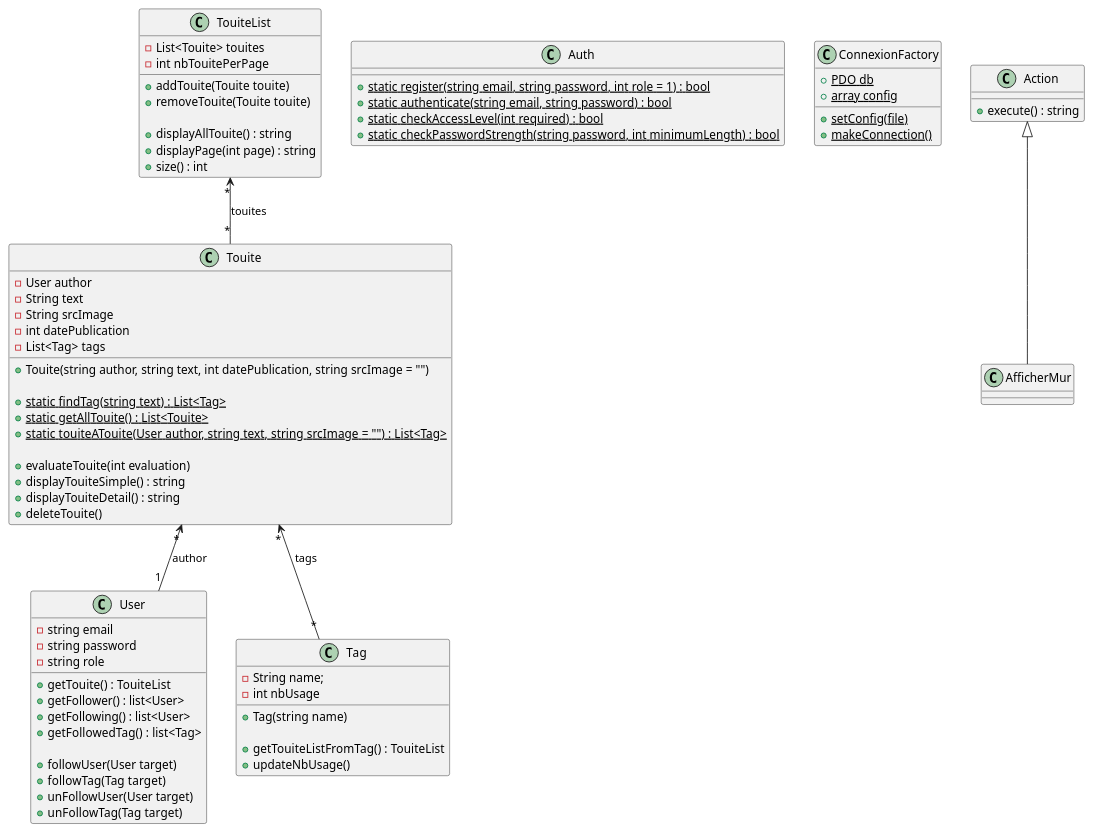
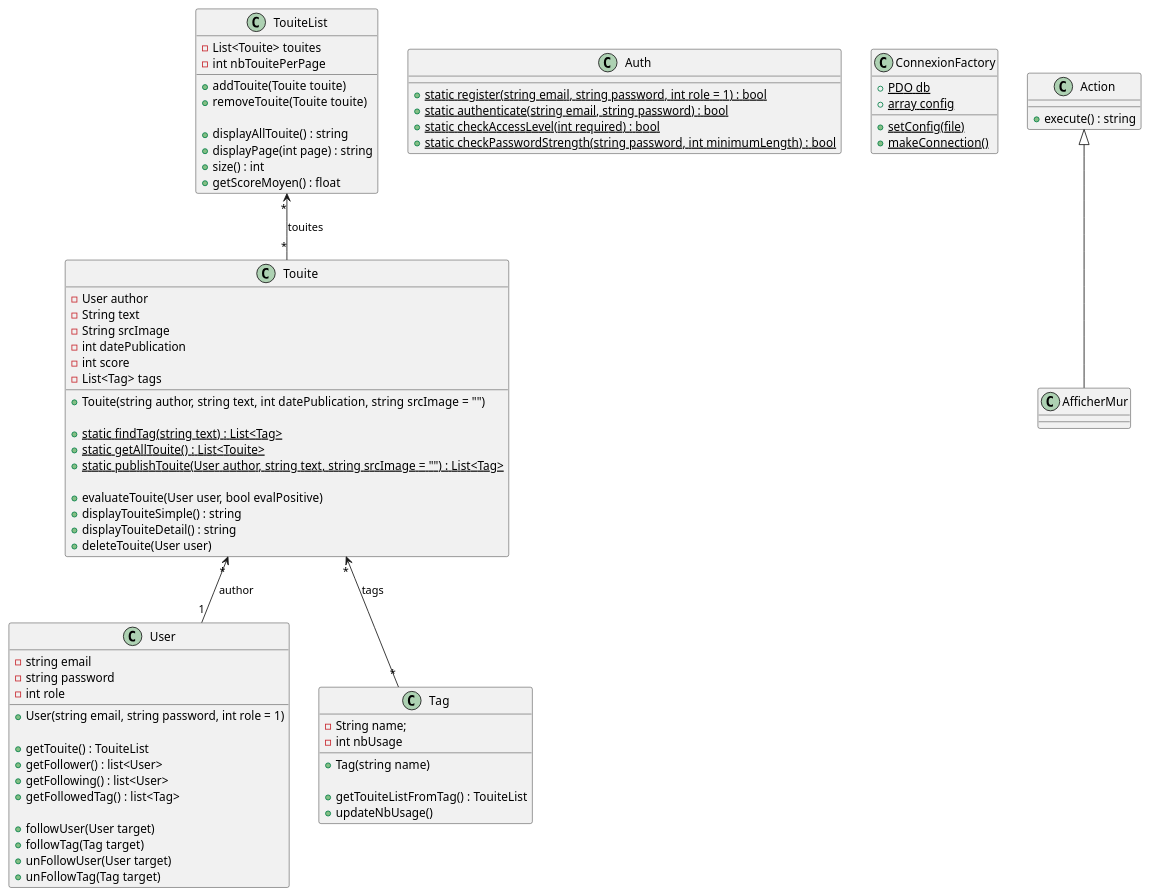
The diagram in src/ressource/Class_diagram.puml (Fiera42/Touiteur), drawn with PlantUML before and after one commit. The commit also changed 1 other file, not shown here.

Commit message:
diagram refining

```diff
--- a/src/ressource/Class_diagram.puml
+++ b/src/ressource/Class_diagram.puml
@@ -1,88 +1,92 @@
 @startuml
 
 class User {
   -string email
   -string password
-  -string role
+  -int role
+  
+  +User(string email, string password, int role = 1)
   
   +getTouite() : TouiteList
   +getFollower() : list<User>
   +getFollowing() : list<User>
   +getFollowedTag() : list<Tag>
   
   +followUser(User target)
   +followTag(Tag target)
   +unFollowUser(User target)
   +unFollowTag(Tag target)
 }
 
 class Touite {
   -User author
   -String text
   -String srcImage
   -int datePublication
+  -int score
   -List<Tag> tags
   
   +Touite(string author, string text, int datePublication, string srcImage = "")
   
   +{static}static findTag(string text) : List<Tag>
   +{static}static getAllTouite() : List<Touite>
-  +{static}static touiteATouite(User author, string text, string srcImage = "") : List<Tag>
+  +{static}static publishTouite(User author, string text, string srcImage = "") : List<Tag>
   
-  +evaluateTouite(int evaluation)
+  +evaluateTouite(User user, bool evalPositive)
   +displayTouiteSimple() : string
   +displayTouiteDetail() : string
-  +deleteTouite()
+  +deleteTouite(User user)
 }
 
 Touite "*" <-- "1" User : author
 Touite "*" <-- "*" Tag : tags
 
 class Tag {
   -String name;
   -int nbUsage
   
   +Tag(string name)
   
   +getTouiteListFromTag() : TouiteList
   +updateNbUsage()
 }
 
 class TouiteList {
   -List<Touite> touites
   -int nbTouitePerPage
   
   +addTouite(Touite touite)
   +removeTouite(Touite touite)
   
   +displayAllTouite() : string
   +displayPage(int page) : string
   +size() : int
+  +getScoreMoyen() : float
 }
 
 TouiteList "*" <-- "*" Touite : touites
 
 class Auth {
   +{static}static register(string email, string password, int role = 1) : bool
   +{static}static authenticate(string email, string password) : bool
   +{static}static checkAccessLevel(int required) : bool
   +{static}static checkPasswordStrength(string password, int minimumLength) : bool
 }
 
 class ConnexionFactory {
   +{static} PDO db
   +{static} array config
   
   +{static} setConfig(file)
   +{static} makeConnection()
 }
 
 class Action {
   +execute() : string
 }
 
 class AfficherMur extends Action{
 
 }
 
 @enduml
```
